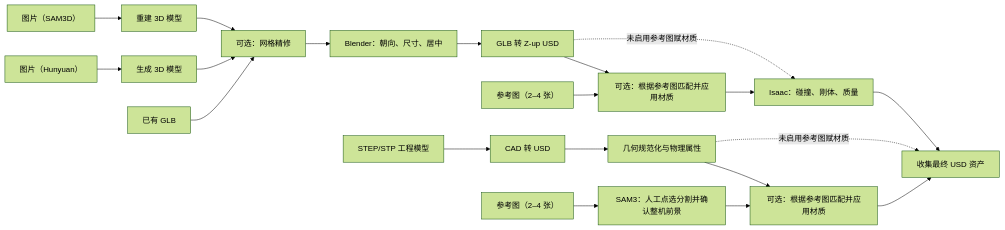
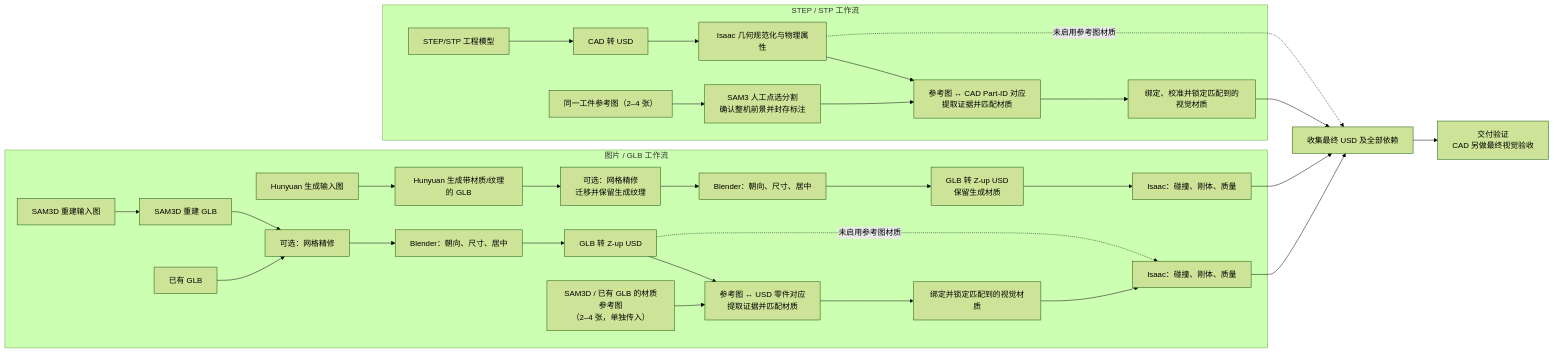
One commit to xia13111-coder/hunyuan_creation_pipeline changed the diagram in docs/assets/diagrams/pipeline-flow.zh.mmd. Above: the diagram before and after it, drawn with Mermaid (forest theme). The commit also changed 4 other files, not shown here.

Commit message:
Correct Hunyuan material flow diagram

```diff
--- a/docs/assets/diagrams/pipeline-flow.zh.mmd
+++ b/docs/assets/diagrams/pipeline-flow.zh.mmd
@@ -1,22 +1,36 @@
 flowchart LR
-    H[图片（Hunyuan）] --> HG[生成 3D 模型]
-    HG --> R[可选：网格精修]
-    S[图片（SAM3D）] --> SG[重建 3D 模型]
-    SG --> R
-    E[已有 GLB] --> R
-    R --> B[Blender：朝向、尺寸、居中]
-    B --> U[GLB 转 Z-up USD]
-    U --> GV[可选：根据参考图匹配并应用材质]
-    GVI[参考图（2–4 张）] --> GV
-    GV --> P[Isaac：碰撞、刚体、质量]
-    U -. 未启用参考图赋材质 .-> P
+    subgraph GLB[图片 / GLB 工作流]
+        H[Hunyuan 生成输入图] --> HG[Hunyuan 生成带材质/纹理的 GLB]
+        HG --> HR[可选：网格精修<br/>迁移并保留生成纹理]
+        HR --> HB[Blender：朝向、尺寸、居中]
+        HB --> HU[GLB 转 Z-up USD<br/>保留生成材质]
+        S[SAM3D 重建输入图] --> SG[SAM3D 重建 GLB]
+        E[已有 GLB]
+        SG --> R[可选：网格精修]
+        E --> R
+        R --> B[Blender：朝向、尺寸、居中]
+        B --> U[GLB 转 Z-up USD]
 
-    C[STEP/STP 工程模型] --> CU[CAD 转 USD]
-    CU --> CP[几何规范化与物理属性]
-    CP --> CV[可选：根据参考图匹配并应用材质]
-    VI[参考图（2–4 张）] --> SM[SAM3：人工点选分割并确认整机前景]
-    SM --> CV
+        GVI[SAM3D / 已有 GLB 的材质参考图<br/>（2–4 张，单独传入）]
+        U --> GM[参考图 ↔ USD 零件对应<br/>提取证据并匹配材质]
+        GVI --> GM
+        GM --> GA[绑定并锁定匹配到的视觉材质]
+        GA --> GP[Isaac：碰撞、刚体、质量]
+        U -. 未启用参考图材质 .-> GP
+        HU --> HP[Isaac：碰撞、刚体、质量]
+    end
 
-    CP -. 未启用参考图赋材质 .-> F
-    CV --> F
-    P --> F[收集最终 USD 资产]
+    subgraph CAD[STEP / STP 工作流]
+        C[STEP/STP 工程模型] --> CU[CAD 转 USD]
+        CU --> CP[Isaac 几何规范化与物理属性]
+        VI[同一工件参考图（2–4 张）] --> SM[SAM3 人工点选分割<br/>确认整机前景并封存标注]
+        SM --> CM[参考图 ↔ CAD Part-ID 对应<br/>提取证据并匹配材质]
+        CP --> CM
+        CM --> CA[绑定、校准并锁定匹配到的视觉材质]
+    end
+
+    HP --> F[收集最终 USD 及全部依赖]
+    GP --> F
+    CA --> F
+    CP -. 未启用参考图材质 .-> F
+    F --> V[交付验证<br/>CAD 另做最终视觉验收]
```
